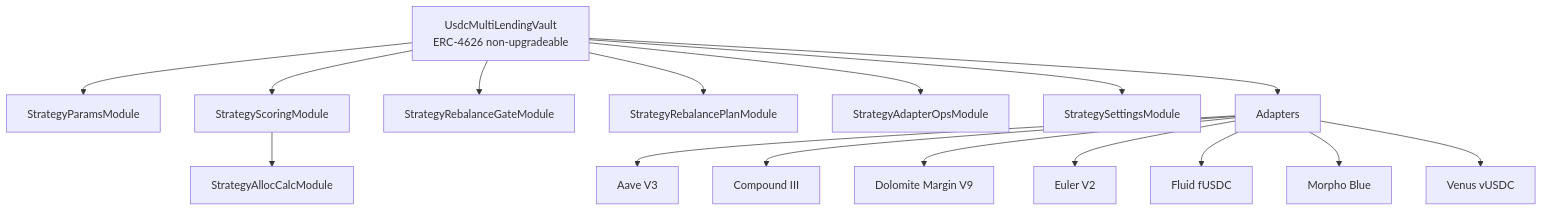
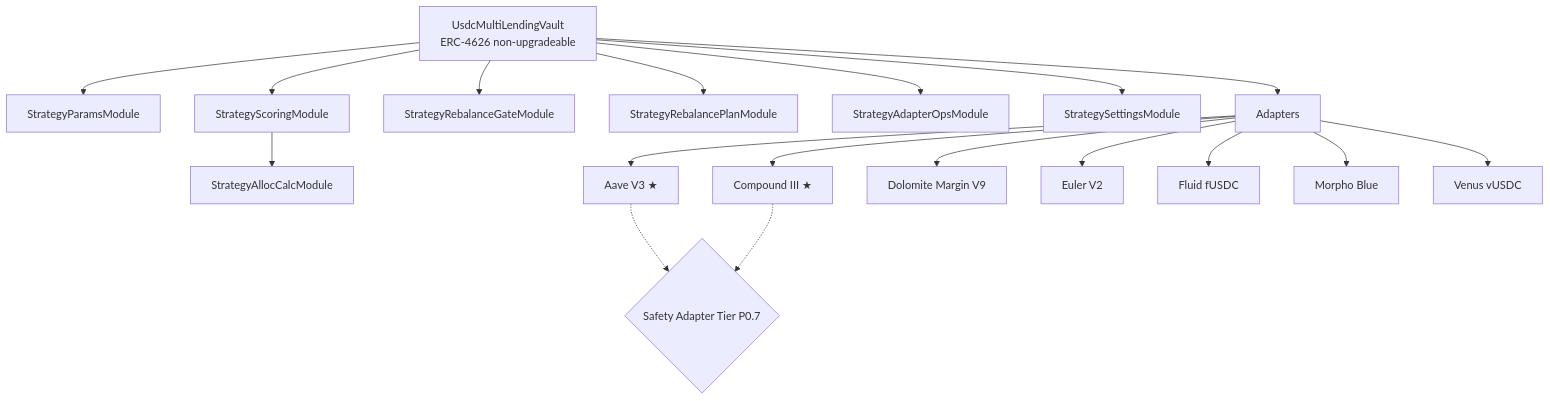
Before and after one commit to Multyr/multyr-strategies: the diagram in README.md, drawn with Mermaid. The commit also changed other lines of this file, not shown here.

First line of the commit message:
docs(README): update for V9.2 + P0.7 Safety Adapter Cap Tier

````diff
--- a/README.md
+++ b/README.md
@@ -34,18 +43,20 @@
 ```mermaid
 graph TB
     Vault[UsdcMultiLendingVault\nERC-4626 non-upgradeable] --> Params[StrategyParamsModule]
     Vault --> Score[StrategyScoringModule]
     Vault --> Gate[StrategyRebalanceGateModule]
     Vault --> Plan[StrategyRebalancePlanModule]
     Vault --> Ops[StrategyAdapterOpsModule]
     Vault --> Settings[StrategySettingsModule]
     Score --> Alloc[StrategyAllocCalcModule]
     Vault --> Adapters
-    Adapters --> Aave[Aave V3]
-    Adapters --> Compound[Compound III]
+    Adapters --> Aave[Aave V3 ★]
+    Adapters --> Compound[Compound III ★]
     Adapters --> Dolomite[Dolomite Margin V9]
     Adapters --> Euler[Euler V2]
     Adapters --> Fluid[Fluid fUSDC]
     Adapters --> Morpho[Morpho Blue]
     Adapters --> Venus[Venus vUSDC]
+    Aave -.-> SafetyTier{Safety Adapter Tier P0.7}
+    Compound -.-> SafetyTier
 ```
````
